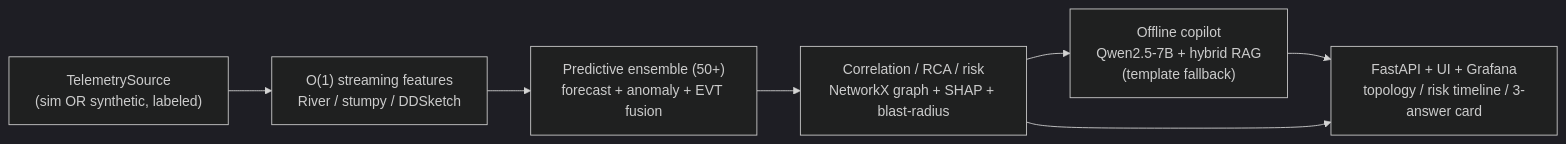
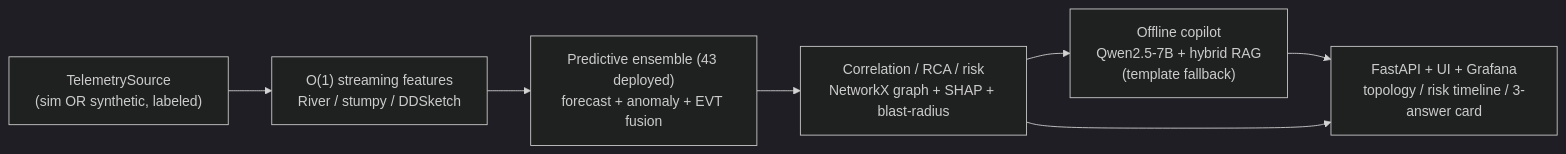
The diagram in README.md (divyamohan1993/bah2026-ps13), drawn with Mermaid (dark theme) before and after one commit. The commit also changed other lines of this file and 8 other files, not shown here.

````diff
--- a/README.md
+++ b/README.md
@@ -44,11 +44,11 @@
 ```mermaid
 flowchart LR
   SRC["TelemetrySource<br/>(sim OR synthetic, labeled)"]
   STREAM["O(1) streaming features<br/>River / stumpy / DDSketch"]
-  ENS["Predictive ensemble (50+)<br/>forecast + anomaly + EVT fusion"]
+  ENS["Predictive ensemble (43 deployed)<br/>forecast + anomaly + EVT fusion"]
   RCA["Correlation / RCA / risk<br/>NetworkX graph + SHAP + blast-radius"]
   COP["Offline copilot<br/>Qwen2.5-7B + hybrid RAG<br/>(template fallback)"]
   UI["FastAPI + UI + Grafana<br/>topology / risk timeline / 3-answer card"]
   SRC --> STREAM --> ENS --> RCA --> COP --> UI
   RCA --> UI
 ```
````
